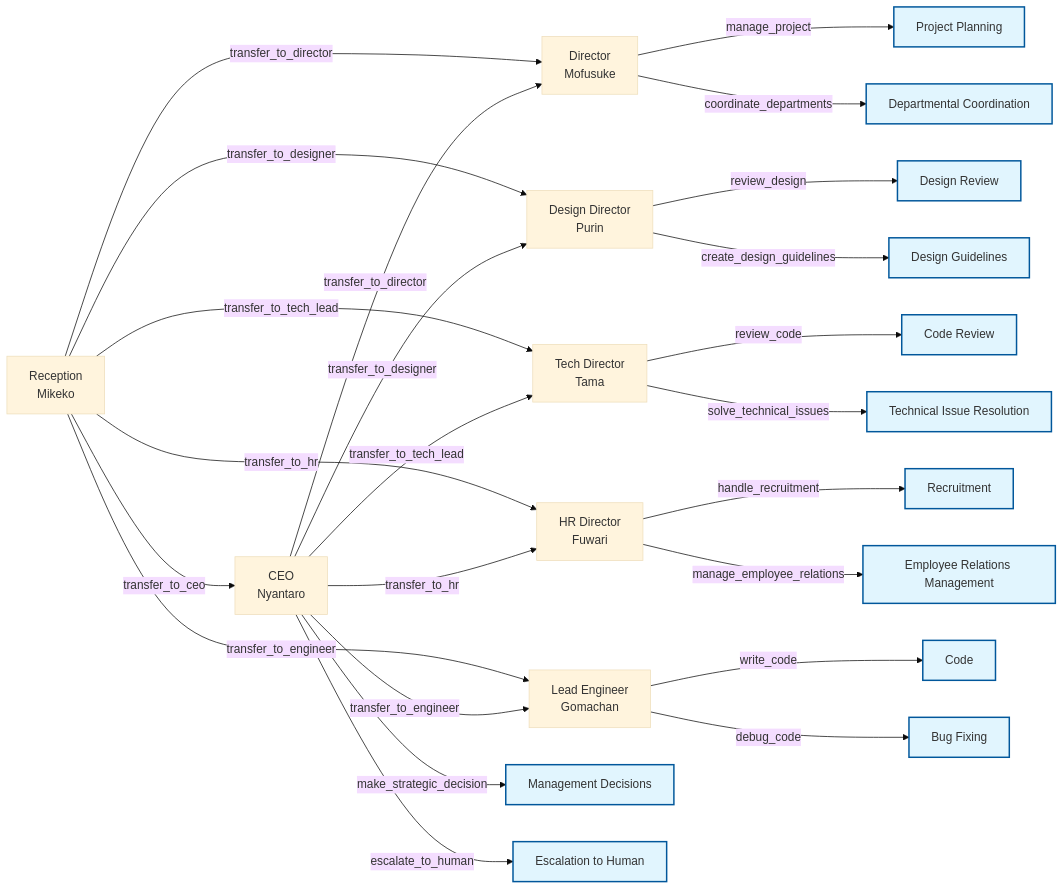
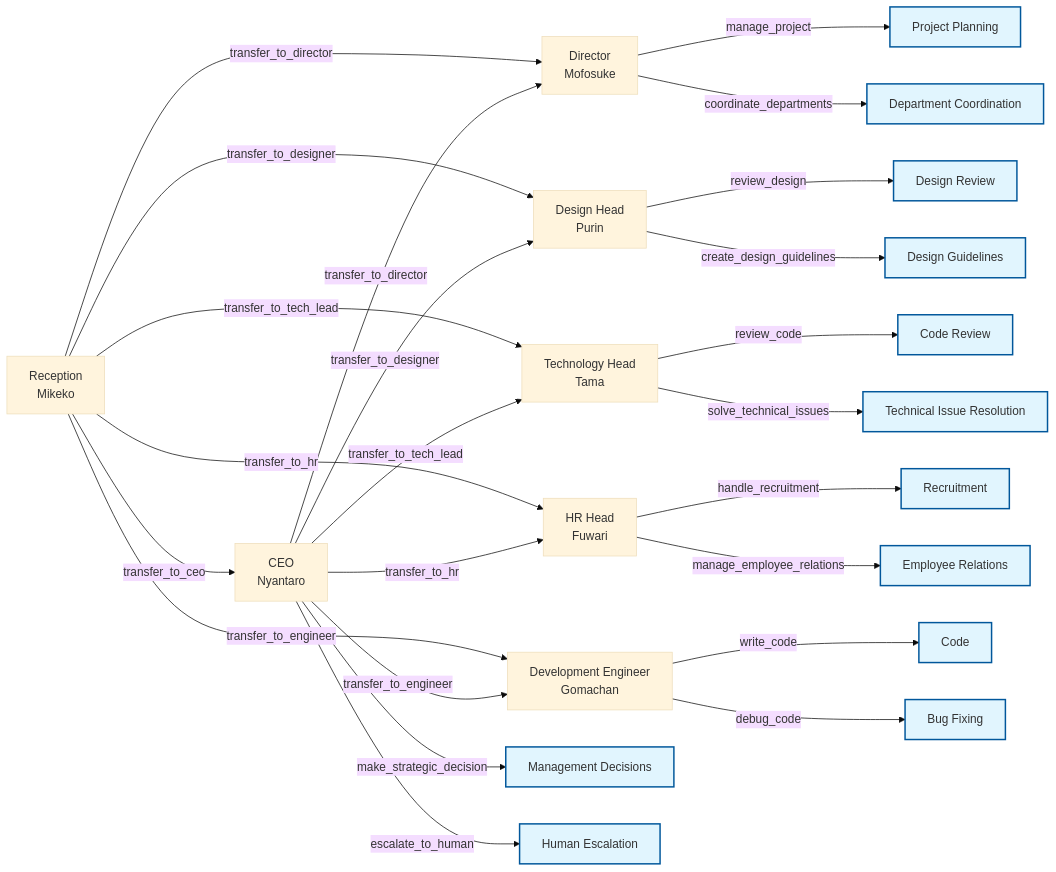
Before and after one commit to Sunwood-ai-labs/swarm-neko-neko-company: the diagram in docs/README.en.md, drawn with Mermaid. The commit also changed other lines of this file, not shown here.

````diff
--- a/docs/README.en.md
+++ b/docs/README.en.md
@@ -60,38 +61,38 @@
 ```mermaid
 %%{init: {'theme':'base'}}%%
 graph LR
-    A[CEO<br>Nyantaro] -->|transfer_to_director| B[Director<br>Mofusuke]
-    A -->|transfer_to_designer| C[Design Director<br>Purin]
-    A -->|transfer_to_tech_lead| D[Tech Director<br>Tama]
-    A -->|transfer_to_hr| E[HR Director<br>Fuwari]
-    A -->|transfer_to_engineer| F[Lead Engineer<br>Gomachan]
+    A[CEO<br>Nyantaro] -->|transfer_to_director| B[Director<br>Mofosuke]
+    A -->|transfer_to_designer| C[Design Head<br>Purin]
+    A -->|transfer_to_tech_lead| D[Technology Head<br>Tama]
+    A -->|transfer_to_hr| E[HR Head<br>Fuwari]
+    A -->|transfer_to_engineer| F[Development Engineer<br>Gomachan]
     G[Reception<br>Mikeko] -->|transfer_to_ceo| A
     G -->|transfer_to_director| B
     G -->|transfer_to_designer| C
     G -->|transfer_to_tech_lead| D
     G -->|transfer_to_hr| E
     G -->|transfer_to_engineer| F
 
-    %% Each agent's functions and outputs
+    %% Each agent's functions and results
     A -->|make_strategic_decision| S[Management Decisions]
-    A -->|escalate_to_human| H[Escalation to Human]
+    A -->|escalate_to_human| H[Human Escalation]
     
     B -->|manage_project| P[Project Planning]
-    B -->|coordinate_departments| CD[Departmental Coordination]
+    B -->|coordinate_departments| CD[Department Coordination]
     
     C -->|review_design| RD[Design Review]
     C -->|create_design_guidelines| DG[Design Guidelines]
     
     D -->|review_code| RC[Code Review]
     D -->|solve_technical_issues| TI[Technical Issue Resolution]
     
     F -->|write_code| WC[Code]
     F -->|debug_code| DC[Bug Fixing]
     
     E -->|handle_recruitment| R[Recruitment]
-    E -->|manage_employee_relations| ER[Employee Relations Management]
+    E -->|manage_employee_relations| ER[Employee Relations]
 
-    %% Style for outputs
+    %% Styling for results
     classDef result fill:#e1f5fe,stroke:#01579b,stroke-width:2px
     class S,H,P,CD,RD,DG,RC,TI,WC,DC,R,ER result
 ```
````
